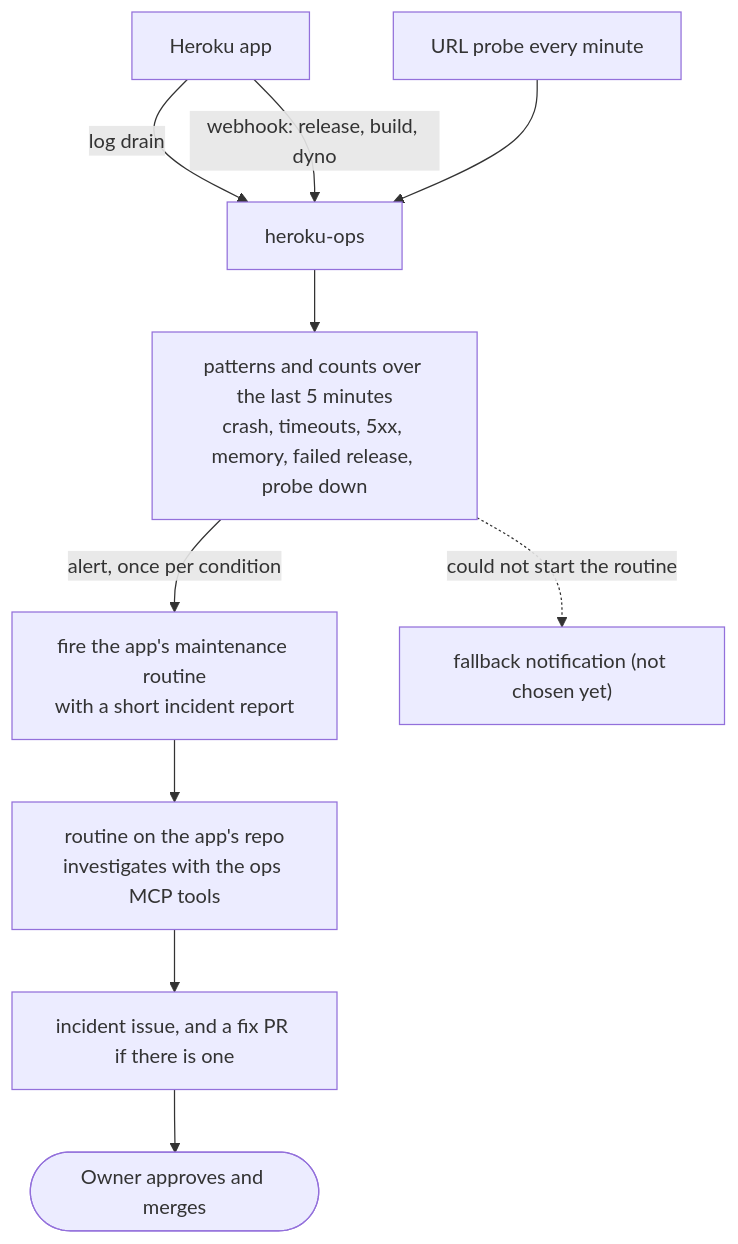
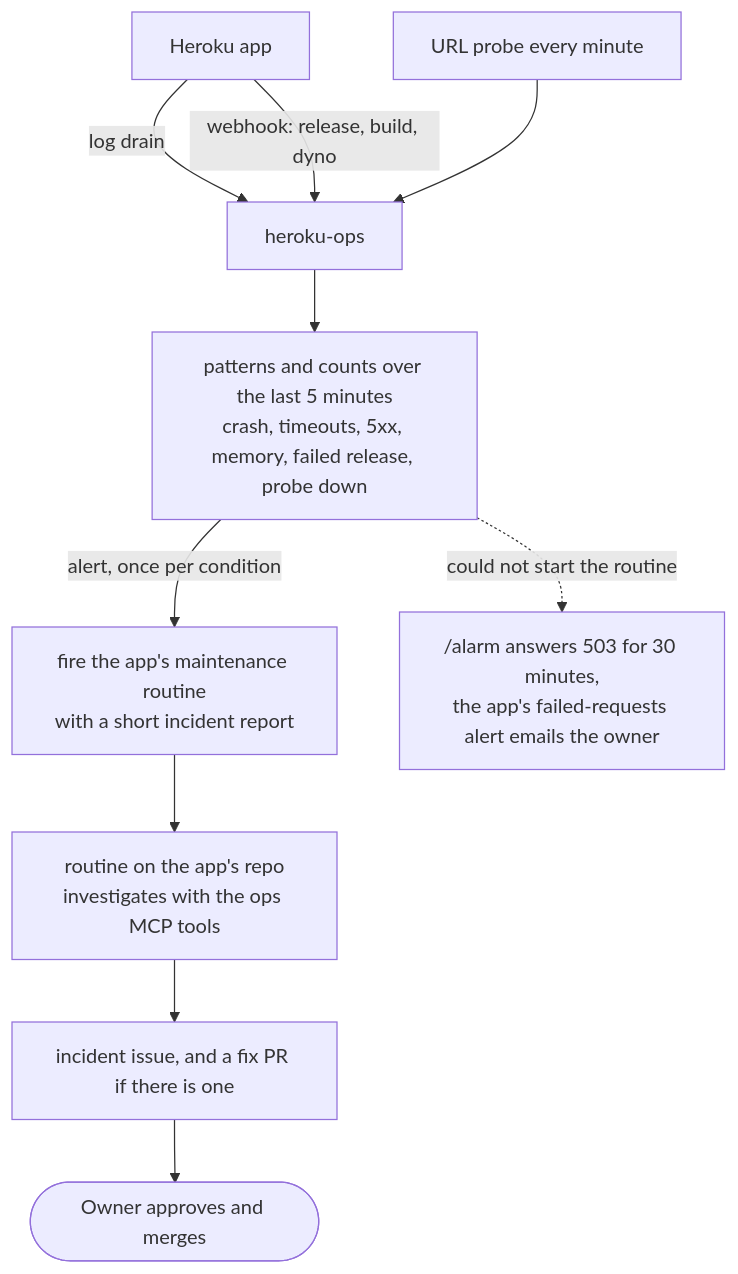
The third of 4 diagrams in README.md (jamesward/projects), drawn with Mermaid before and after one commit. The commit also changed other lines of this file and 4 other files, not shown here.

Commit message:
Production logging and the alarm: request id and runtime metrics in DESIGN 13, factory-heroku.py warns about watched apps without log-runtime-metrics, the /alarm fallback replaces the open question, jw-heroku-ops is Standard-1X (#31)

````diff
--- a/README.md
+++ b/README.md
@@ -123,12 +123,12 @@
 ```mermaid
 flowchart TD
   app["Heroku app"] -->|"log drain"| ops
   app -->|"webhook: release, build, dyno"| ops
   probe["URL probe every minute"] --> ops
   ops["heroku-ops"] --> rules["patterns and counts over the last 5 minutes<br/>crash, timeouts, 5xx, memory, failed release, probe down"]
   rules -->|"alert, once per condition"| fire["fire the app's maintenance routine<br/>with a short incident report"]
   fire --> routine["routine on the app's repo<br/>investigates with the ops MCP tools"]
   routine --> issue["incident issue, and a fix PR if there is one"]
   issue --> owner(["Owner approves and merges"])
-  rules -.->|"could not start the routine"| fallback["fallback notification (not chosen yet)"]
+  rules -.->|"could not start the routine"| fallback["/alarm answers 503 for 30 minutes,<br/>the app's failed-requests alert emails the owner"]
 ```
````
